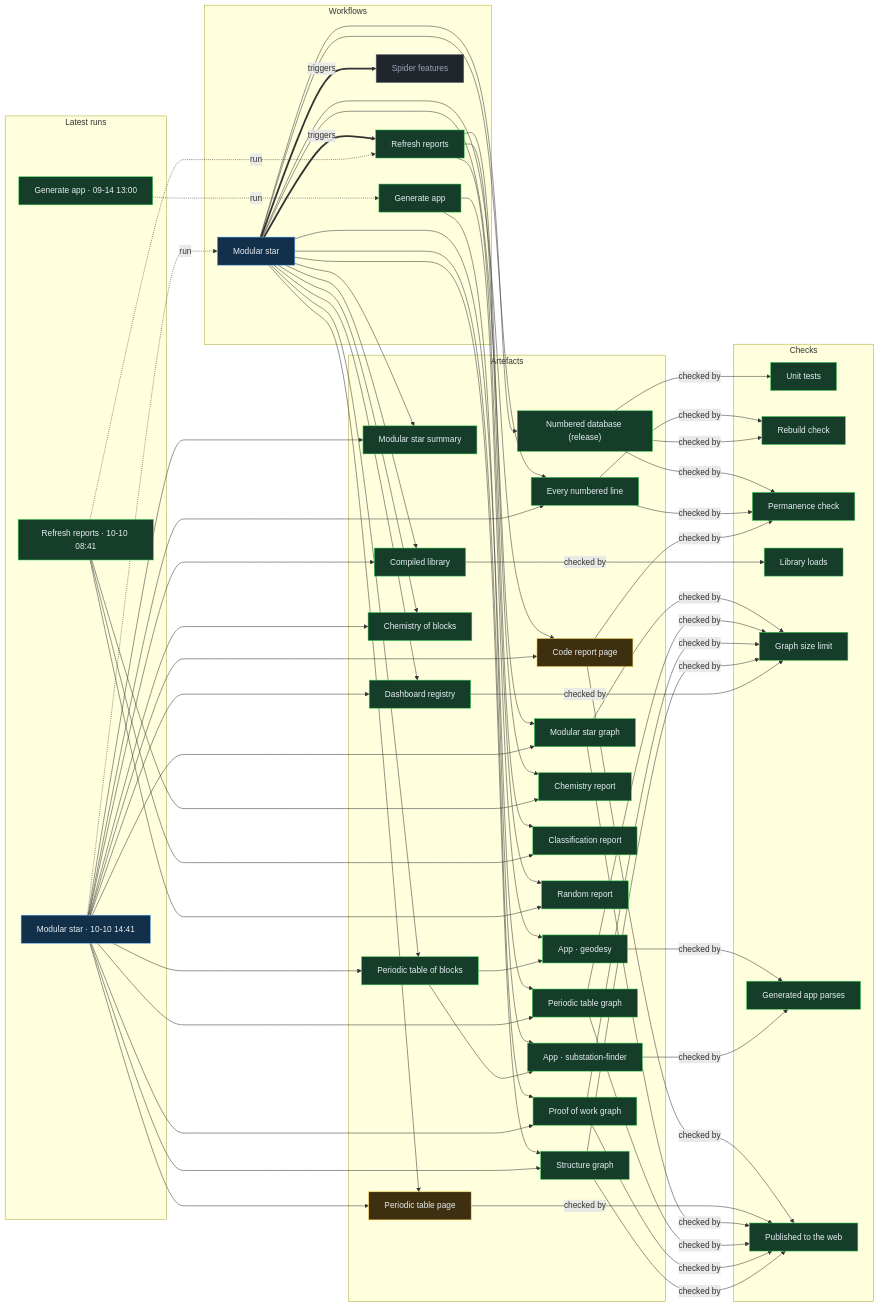
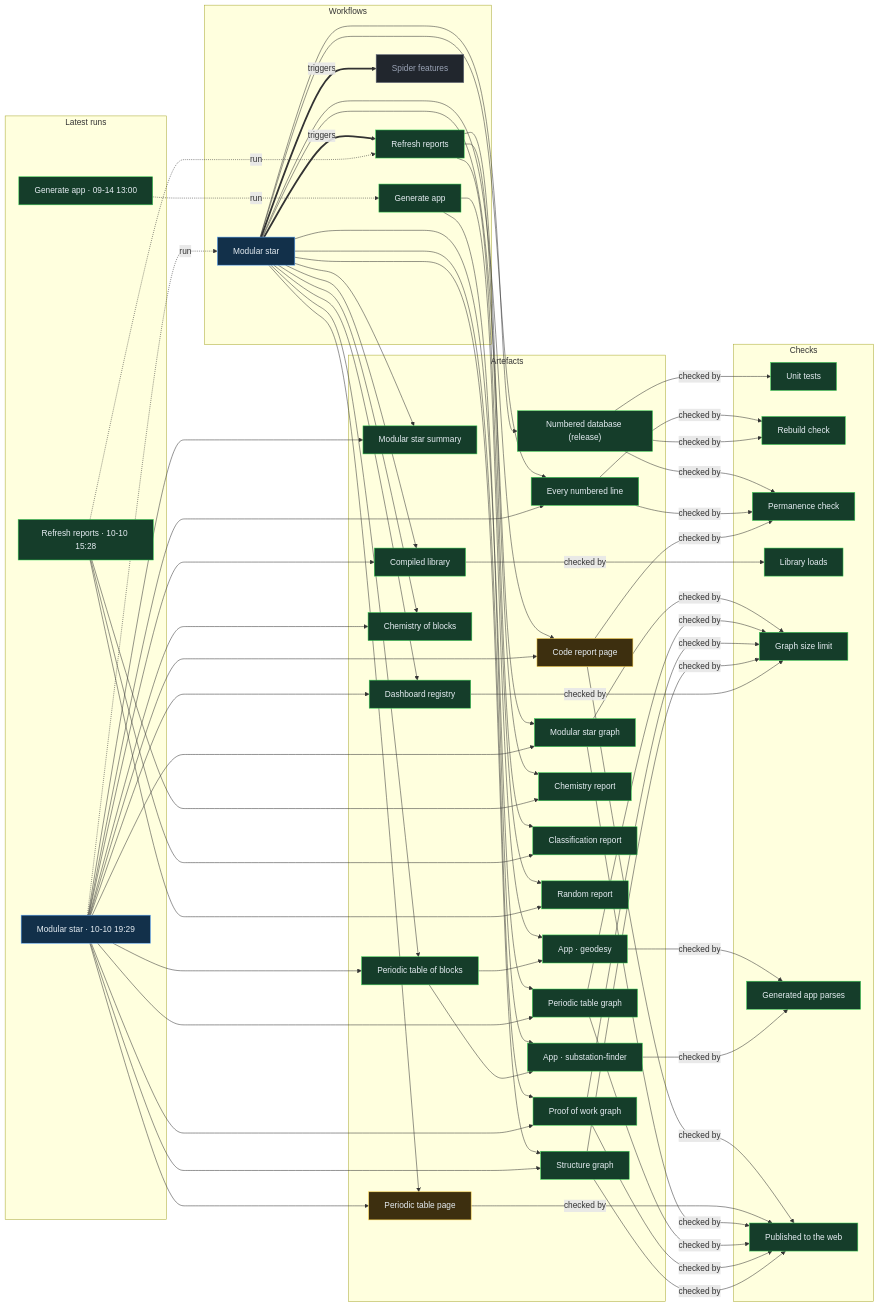
One commit to Ventusltd/stars changed the diagram in proof/PROOF.md. Above: the diagram before and after it, drawn with Mermaid. The commit also changed other lines of this file and 34 other files, not shown here.

Commit message:
Modular star 2026-10-10T19:31Z

```diff
--- a/proof/PROOF.md
+++ b/proof/PROOF.md
@@ -24,8 +24,8 @@
   n_wf_spider_features["Spider features"]:::off
   end
   subgraph g_runs["Latest runs"]
-  n_run_38060611730["Modular star · 10-10 14:41"]:::live
-  n_run_38038741778["Refresh reports · 10-10 08:41"]:::ok
+  n_run_38079985999["Modular star · 10-10 19:29"]:::live
+  n_run_38063739788["Refresh reports · 10-10 15:28"]:::ok
   n_run_34846587798["Generate app · 09-14 13:00"]:::ok
   end
   subgraph g_artefacts["Artefacts"]
@@ -59,39 +59,39 @@
   end
   n_wf_modular_star == triggers ==> n_wf_refresh
   n_wf_modular_star == triggers ==> n_wf_spider_features
-  n_run_38060611730 -. run .-> n_wf_modular_star
-  n_run_38038741778 -. run .-> n_wf_refresh
+  n_run_38079985999 -. run .-> n_wf_modular_star
+  n_run_38063739788 -. run .-> n_wf_refresh
   n_run_34846587798 -. run .-> n_wf_generate
   n_wf_modular_star --> n_art_summary
-  n_run_38060611730 --> n_art_summary
+  n_run_38079985999 --> n_art_summary
   n_wf_modular_star --> n_art_lines
-  n_run_38060611730 --> n_art_lines
+  n_run_38079985999 --> n_art_lines
   n_wf_modular_star --> n_art_code
-  n_run_38060611730 --> n_art_code
+  n_run_38079985999 --> n_art_code
   n_wf_modular_star --> n_art_modular_graph
-  n_run_38060611730 --> n_art_modular_graph
+  n_run_38079985999 --> n_art_modular_graph
   n_wf_modular_star --> n_art_blocks
-  n_run_38060611730 --> n_art_blocks
+  n_run_38079985999 --> n_art_blocks
   n_wf_modular_star --> n_art_table
-  n_run_38060611730 --> n_art_table
+  n_run_38079985999 --> n_art_table
   n_wf_modular_star --> n_art_blocks_graph
-  n_run_38060611730 --> n_art_blocks_graph
+  n_run_38079985999 --> n_art_blocks_graph
   n_wf_modular_star --> n_art_reactions
-  n_run_38060611730 --> n_art_reactions
+  n_run_38079985999 --> n_art_reactions
   n_wf_modular_star --> n_art_library
-  n_run_38060611730 --> n_art_library
+  n_run_38079985999 --> n_art_library
   n_wf_modular_star --> n_art_features
-  n_run_38060611730 --> n_art_features
+  n_run_38079985999 --> n_art_features
   n_wf_modular_star --> n_art_proof
-  n_run_38060611730 --> n_art_proof
+  n_run_38079985999 --> n_art_proof
   n_wf_modular_star --> n_art_structure
-  n_run_38060611730 --> n_art_structure
+  n_run_38079985999 --> n_art_structure
   n_wf_refresh --> n_art_chemistry
-  n_run_38038741778 --> n_art_chemistry
+  n_run_38063739788 --> n_art_chemistry
   n_wf_refresh --> n_art_vedic
-  n_run_38038741778 --> n_art_vedic
+  n_run_38063739788 --> n_art_vedic
   n_wf_refresh --> n_art_random
-  n_run_38038741778 --> n_art_random
+  n_run_38063739788 --> n_art_random
   n_wf_modular_star --> n_art_release
   n_wf_generate --> n_app_geodesy
   n_art_blocks --> n_app_geodesy
```
